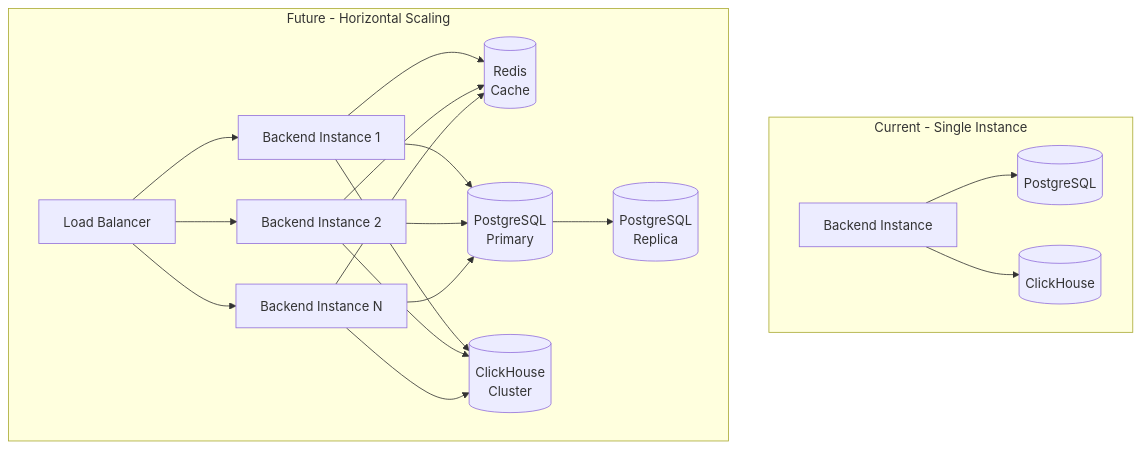
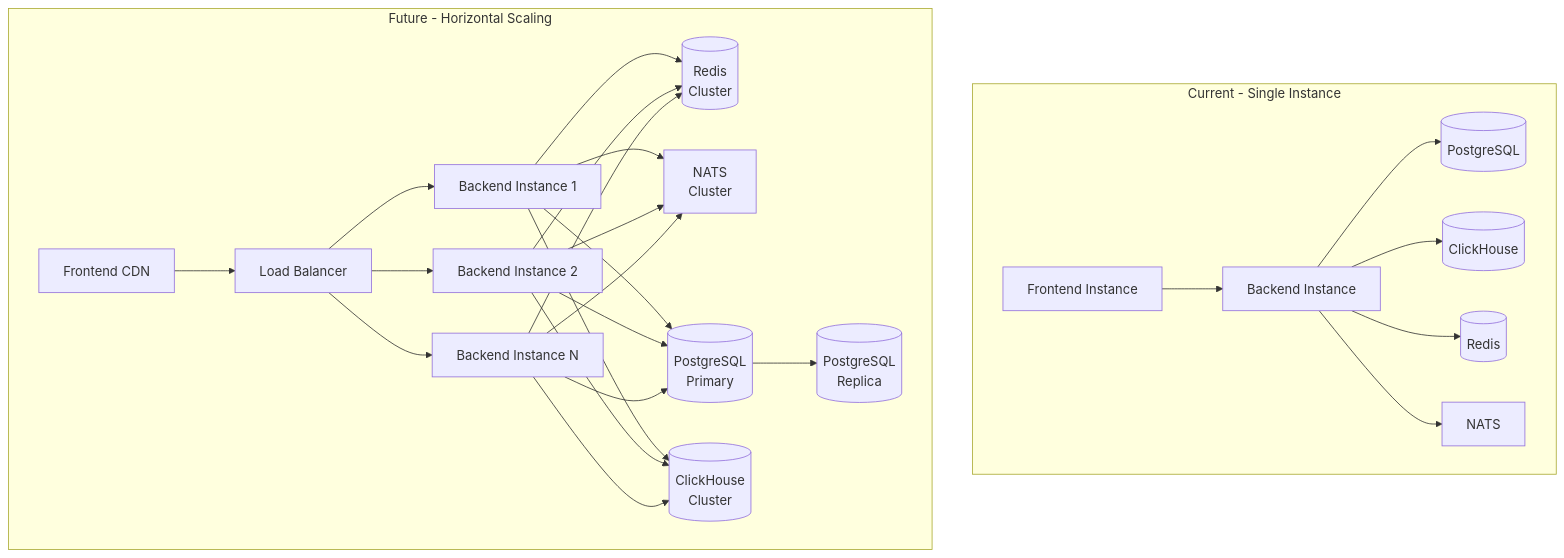
Before and after one commit to telemetryflow/telemetryflow-core: diagram 13 of 14 in docs/ARCHITECTURE_DIAGRAMS.md, drawn with Mermaid. The commit also changed other lines of this file and 2428 other files, not shown here.

````diff
--- a/docs/ARCHITECTURE_DIAGRAMS.md
+++ b/docs/ARCHITECTURE_DIAGRAMS.md
@@ -763,36 +850,48 @@
 ```mermaid
 graph TB
     subgraph "Current - Single Instance"
+        FE1[Frontend Instance]
         BE1[Backend Instance]
         PG1[(PostgreSQL)]
         CH1[(ClickHouse)]
+        RD1[(Redis)]
+        NT1[NATS]
     end
 
     subgraph "Future - Horizontal Scaling"
+        CDN[Frontend CDN]
         LB[Load Balancer]
         BE2[Backend Instance 1]
         BE3[Backend Instance 2]
         BE4[Backend Instance N]
         PG2[(PostgreSQL<br/>Primary)]
         PG3[(PostgreSQL<br/>Replica)]
         CH2[(ClickHouse<br/>Cluster)]
-        Redis[(Redis<br/>Cache)]
+        Redis[(Redis<br/>Cluster)]
+        NATS_C[NATS<br/>Cluster]
     end
 
+    FE1 --> BE1
     BE1 --> PG1
     BE1 --> CH1
+    BE1 --> RD1
+    BE1 --> NT1
 
+    CDN --> LB
     LB --> BE2
     LB --> BE3
     LB --> BE4
     BE2 --> Redis
     BE3 --> Redis
     BE4 --> Redis
+    BE2 --> NATS_C
+    BE3 --> NATS_C
+    BE4 --> NATS_C
     BE2 --> PG2
     BE3 --> PG2
     BE4 --> PG2
     PG2 --> PG3
     BE2 --> CH2
     BE3 --> CH2
     BE4 --> CH2
 ```
````
